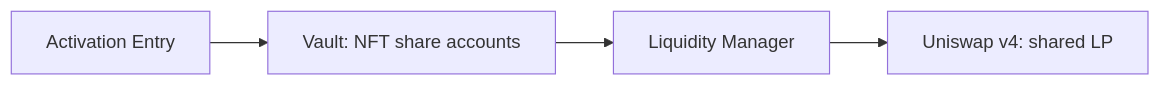
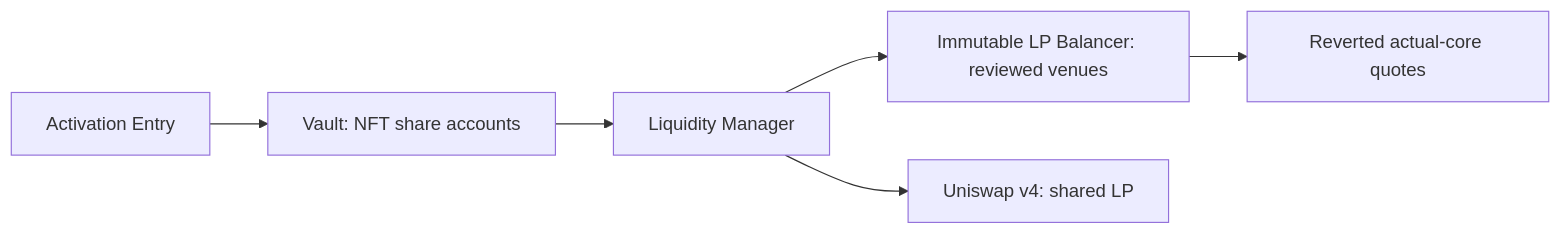
The diagram in README.md (ABEF/AAA), drawn with Mermaid before and after one commit. The commit also changed other lines of this file and 64 other files, not shown here.

````diff
--- a/README.md
+++ b/README.md
@@ -88,6 +88,8 @@
 ```mermaid
 flowchart LR
     Entry[Activation Entry] --> Vault[Vault: NFT share accounts]
     Vault --> Manager[Liquidity Manager]
+    Manager --> Planner[Immutable LP Balancer: reviewed venues]
+    Planner --> Quotes[Reverted actual-core quotes]
     Manager --> Pool[Uniswap v4: shared LP]
 ```
````
